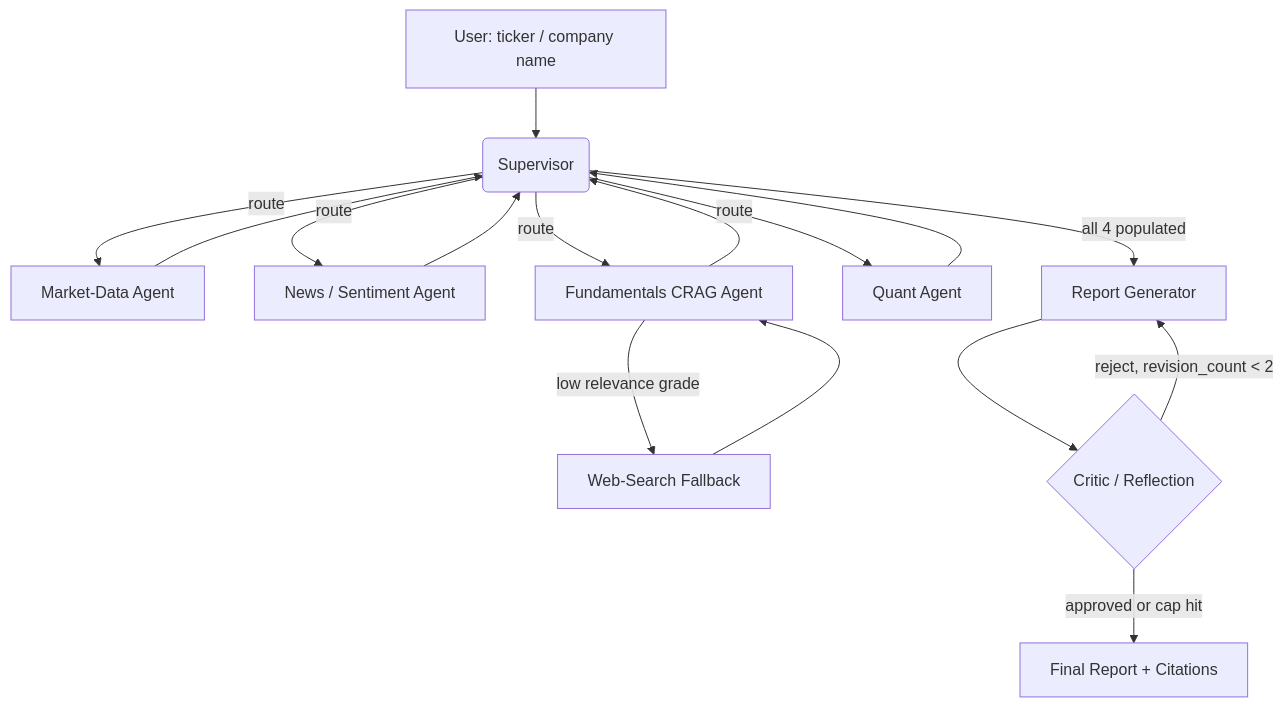
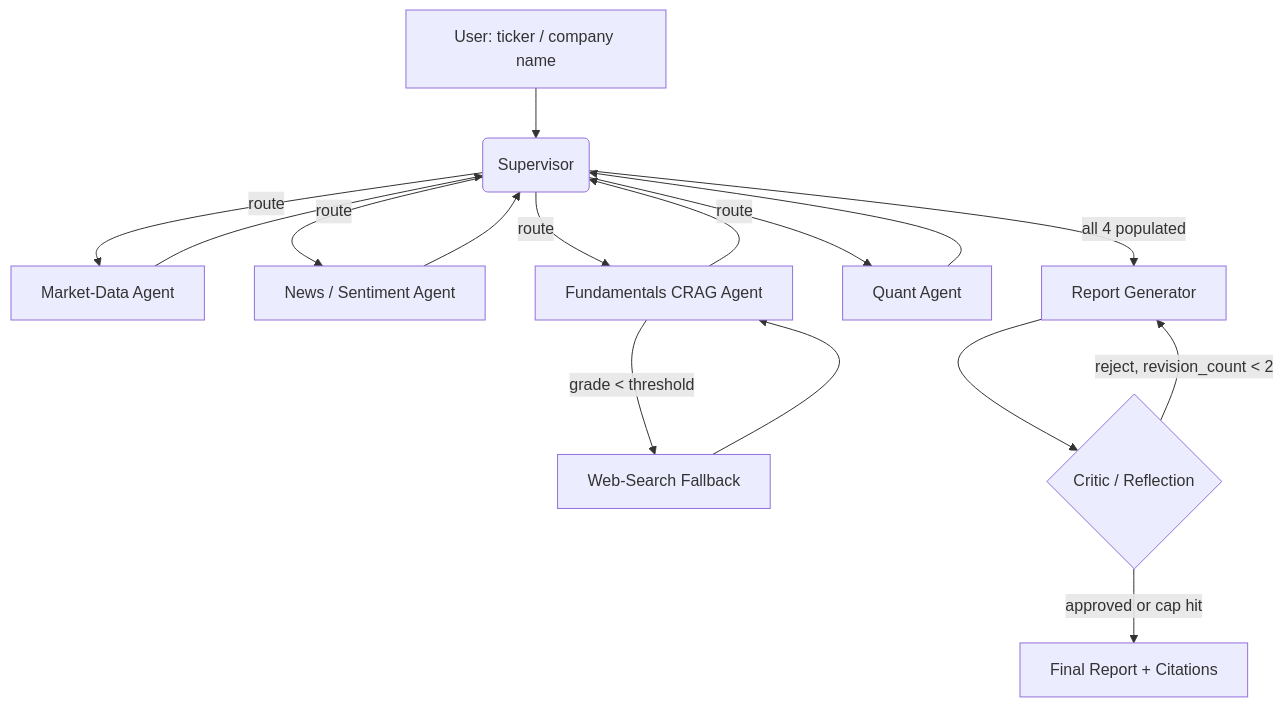
One commit to shrey1409/Multiple-AI-Agents-Projects changed the diagram in projects/01-multi-agent-financial-research-analyst/PLAN.md. Above: the diagram before and after it, drawn with Mermaid. The commit also changed other lines of this file and 11 other files, not shown here.

````diff
--- a/projects/01-multi-agent-financial-research-analyst/PLAN.md
+++ b/projects/01-multi-agent-financial-research-analyst/PLAN.md
@@ -17,18 +20,18 @@
 ```mermaid
 flowchart TD
     U["User: ticker / company name"] --> S(Supervisor)
     S -->|route| MD[Market-Data Agent]
     S -->|route| NS[News / Sentiment Agent]
     S -->|route| FR[Fundamentals CRAG Agent]
     S -->|route| QA[Quant Agent]
     MD --> S
     NS --> S
-    FR -->|low relevance grade| WS[Web-Search Fallback]
+    FR -->|grade < threshold| WS[Web-Search Fallback]
     WS --> FR
     FR --> S
     QA --> S
     S -->|all 4 populated| RG[Report Generator]
     RG --> CR{Critic / Reflection}
     CR -->|reject, revision_count < 2| RG
     CR -->|approved or cap hit| OUT["Final Report + Citations"]
 ```
````
